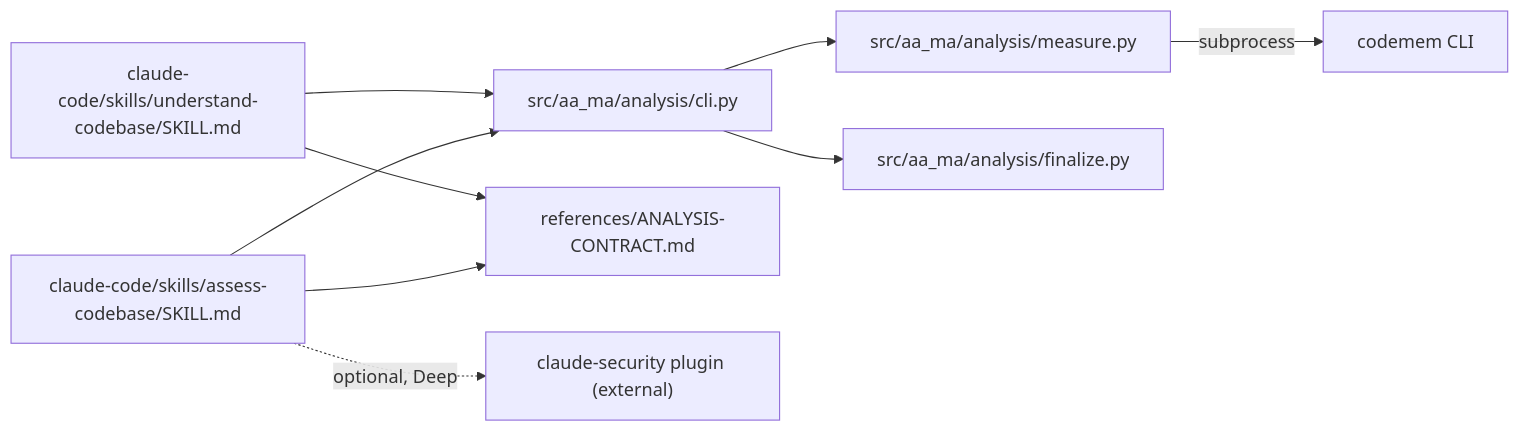
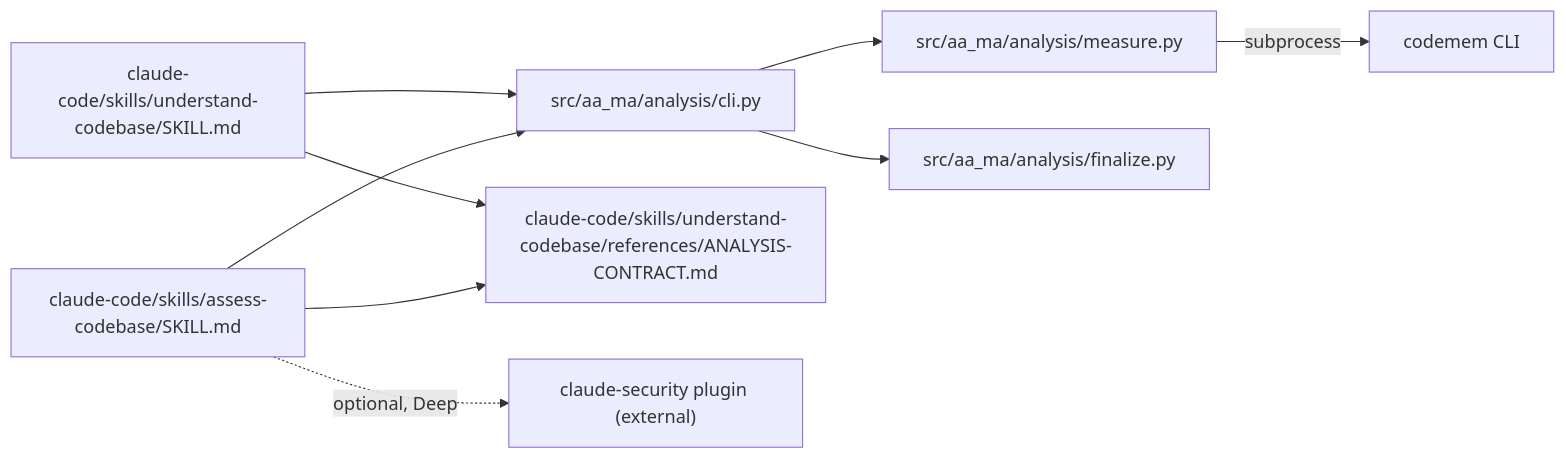
The diagram in docs/adr/0017-assess-codebase-adaptation.md (snewhouse/aa-ma-forge), drawn with Mermaid before and after one commit. The commit also changed other lines of this file and 5 other files, not shown here.

````diff
--- a/docs/adr/0017-assess-codebase-adaptation.md
+++ b/docs/adr/0017-assess-codebase-adaptation.md
@@ -120,11 +121,11 @@
 ```mermaid
 flowchart LR
   A["claude-code/skills/assess-codebase/SKILL.md"] --> C["src/aa_ma/analysis/cli.py"]
   U["claude-code/skills/understand-codebase/SKILL.md"] --> C
-  A --> K["references/ANALYSIS-CONTRACT.md"]
+  A --> K["claude-code/skills/understand-codebase/references/ANALYSIS-CONTRACT.md"]
   U --> K
   C --> M["src/aa_ma/analysis/measure.py"]
   M -->|subprocess| CM["codemem CLI"]
   C --> F["src/aa_ma/analysis/finalize.py"]
   A -.->|optional, Deep| CS["claude-security plugin (external)"]
 ```
````
